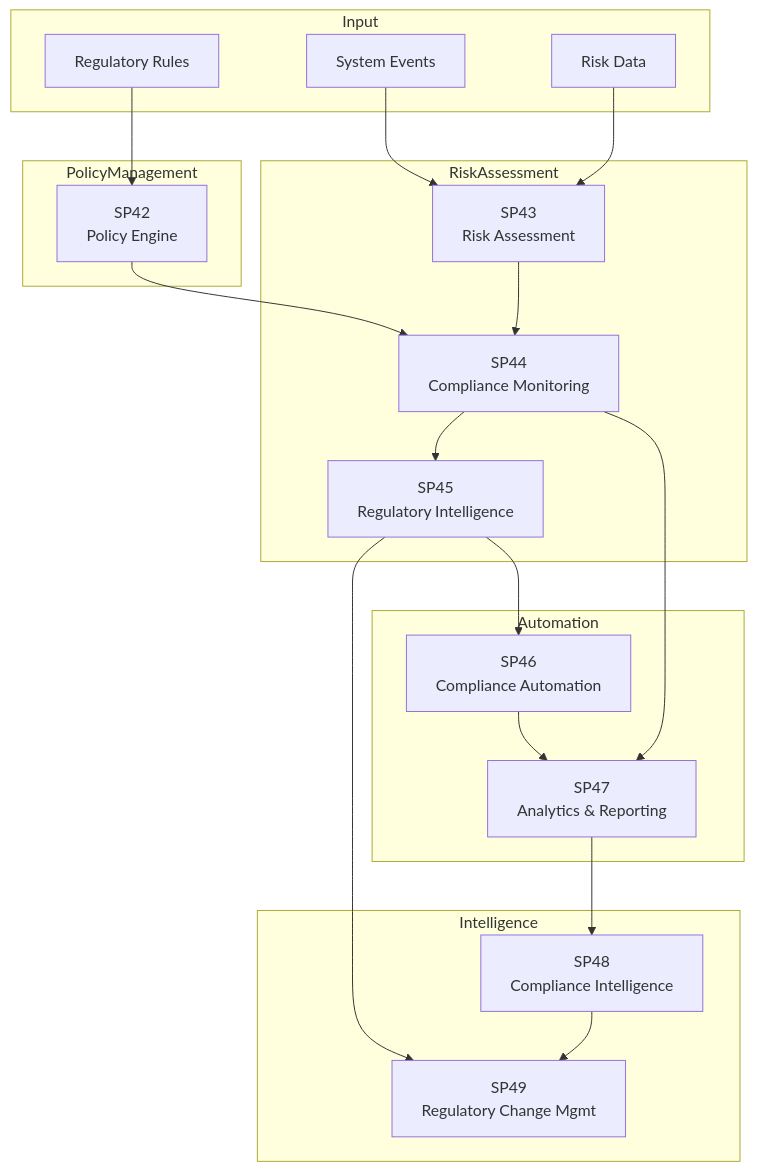
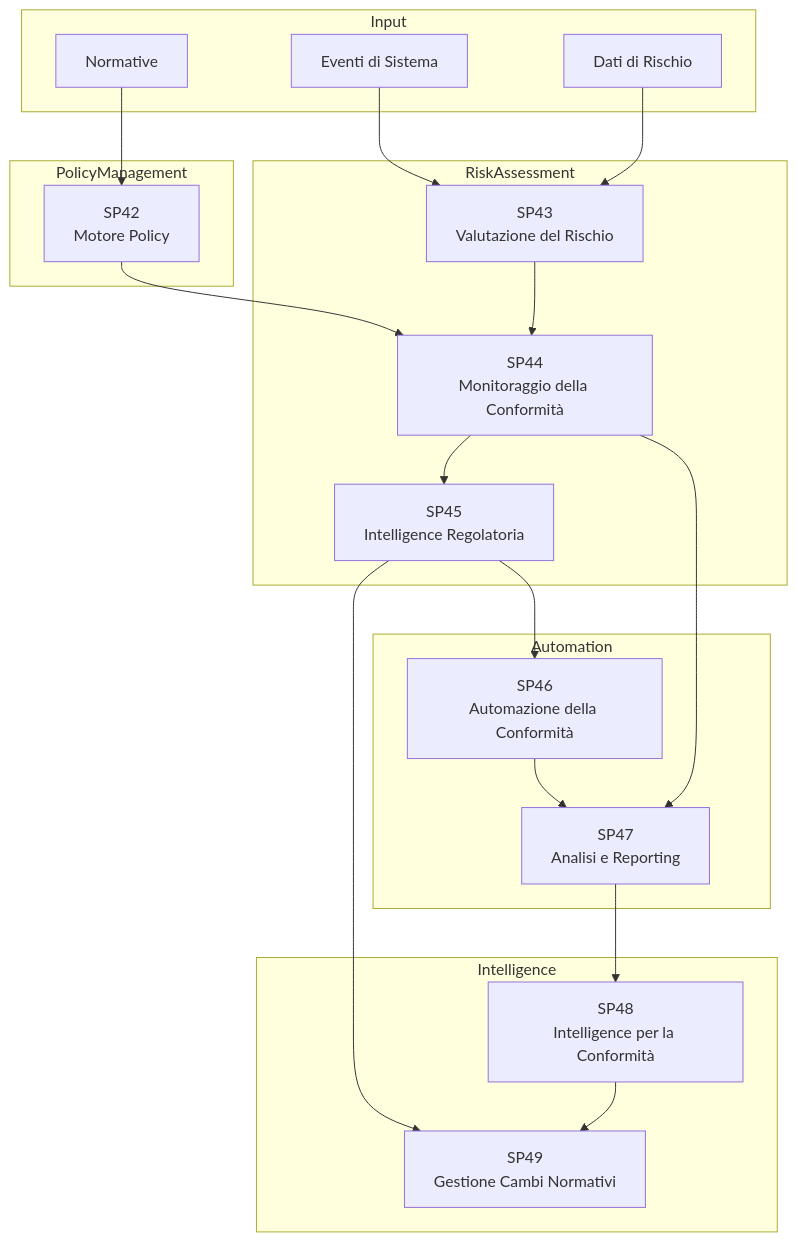
The diagram in docs/use_cases/UC9 - Compliance & Risk Management/02-DEPENDENCIES.md (gianlucaciarcelluti/Interzen.ZenIA), drawn with Mermaid before and after one commit. The commit also changed other lines of this file and 14 other files, not shown here.

````diff
--- a/docs/use_cases/UC9 - Compliance & Risk Management/02-DEPENDENCIES.md
+++ b/docs/use_cases/UC9 - Compliance & Risk Management/02-DEPENDENCIES.md
@@ -5,42 +6,42 @@
 ```mermaid
 graph TD
     subgraph Input
-        EVENTS[System Events]
-        REGULATIONS[Regulatory Rules]
-        RISKDATA[Risk Data]
+        EVENTS[Eventi di Sistema]
+        REGULATIONS[Normative]
+        RISKDATA[Dati di Rischio]
     end
 
     subgraph PolicyManagement
-        SP42[SP42<br/>Policy Engine]
+        SP42[SP42<br/>Motore Policy]
     end
 
     subgraph RiskAssessment
-        SP43[SP43<br/>Risk Assessment]
-        SP44[SP44<br/>Compliance Monitoring]
-        SP45[SP45<br/>Regulatory Intelligence]
+        SP43[SP43<br/>Valutazione del Rischio]
+        SP44[SP44<br/>Monitoraggio della Conformità]
+        SP45[SP45<br/>Intelligence Regolatoria]
     end
 
     subgraph Automation
-        SP46[SP46<br/>Compliance Automation]
-        SP47[SP47<br/>Analytics & Reporting]
+        SP46[SP46<br/>Automazione della Conformità]
+        SP47[SP47<br/>Analisi e Reporting]
     end
 
     subgraph Intelligence
-        SP48[SP48<br/>Compliance Intelligence]
-        SP49[SP49<br/>Regulatory Change Mgmt]
+        SP48[SP48<br/>Intelligence per la Conformità]
+        SP49[SP49<br/>Gestione Cambi Normativi]
     end
 
     REGULATIONS --> SP42
     EVENTS --> SP43
     RISKDATA --> SP43
 
     SP42 --> SP44
     SP43 --> SP44
     SP44 --> SP45
     SP45 --> SP46
     SP46 --> SP47
     SP44 --> SP47
     SP47 --> SP48
     SP45 --> SP49
     SP48 --> SP49
 ```
````
